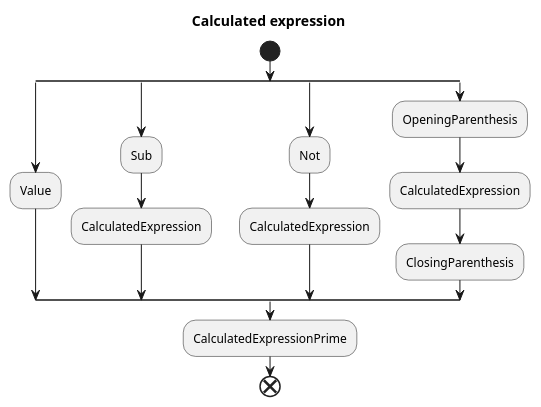
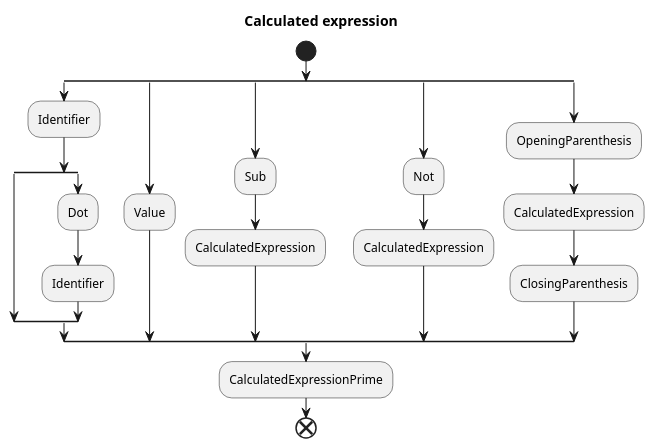
One commit to lichterberci/rust_learning changed diagram 12 of 13 in dbms/query_lang_compiler_notes.md. Above: the diagram before and after it, drawn with PlantUML. The commit also changed 2 other files, not shown here.

Commit message:
added support for negative numbers and -(expr) expressions

````diff
--- a/dbms/query_lang_compiler_notes.md
+++ b/dbms/query_lang_compiler_notes.md
@@ -328,19 +328,26 @@
 ```plantuml
 title Calculated expression
 start
 split
+:Identifier;
+split
+split again
+:Dot;
+:Identifier;
+end split
+split again
 :Value;
 split again
 :Sub;
 :CalculatedExpression;
 split again
 :Not;
 :CalculatedExpression;
 split again
 :OpeningParenthesis;
 :CalculatedExpression;
 :ClosingParenthesis;
 end split
 :CalculatedExpressionPrime;
 end
 ```
````
